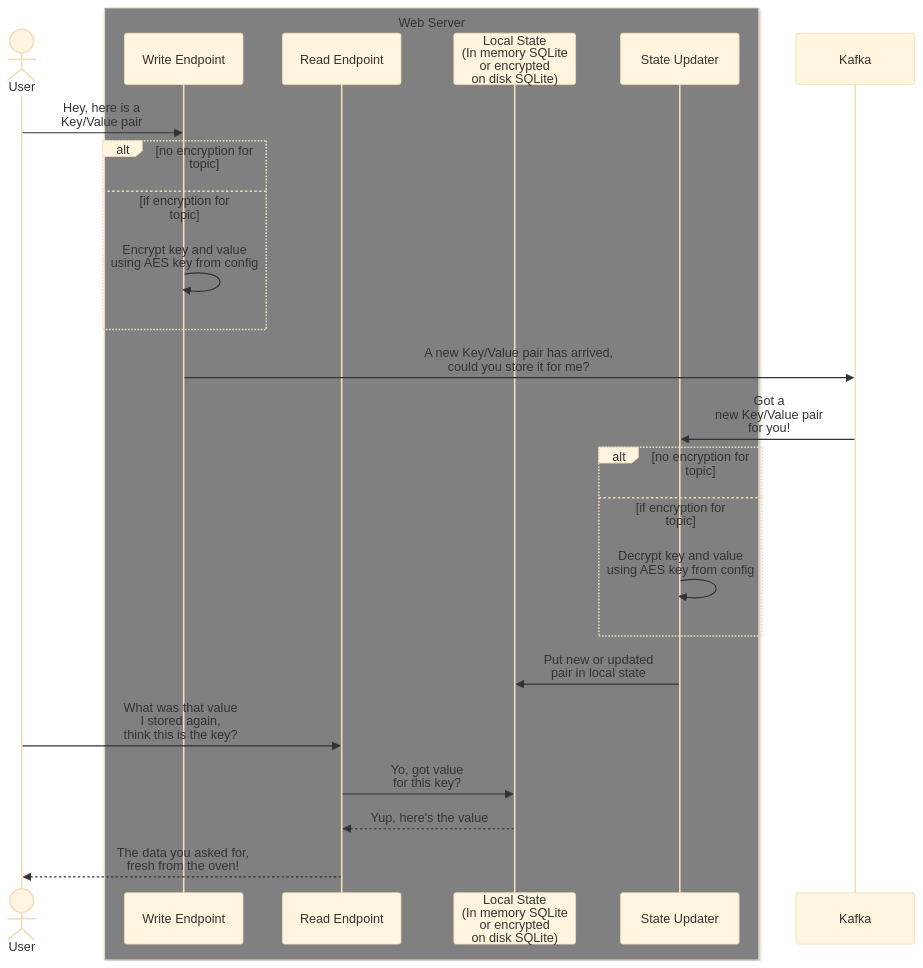
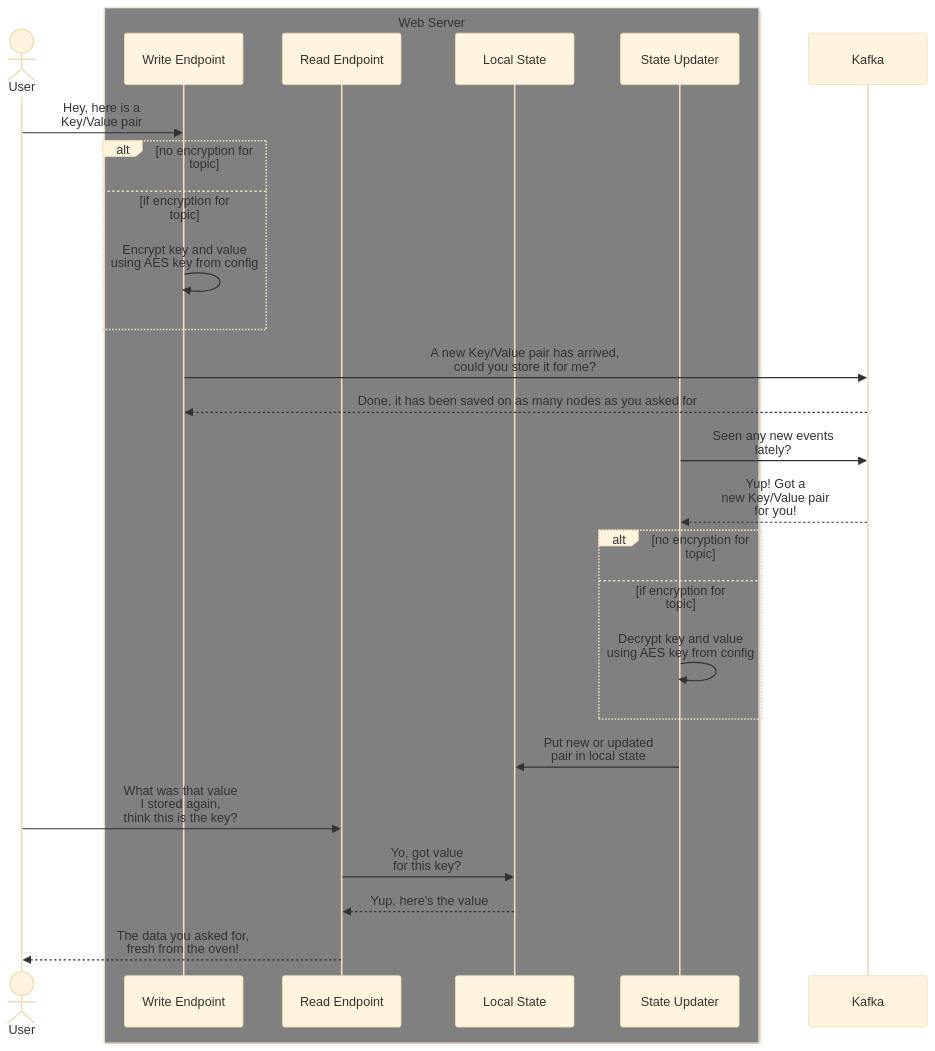
Before and after one commit to simonra/Utilities: the first of 2 diagrams in Kafka/KeyValueApi/README.md, drawn with Mermaid (base theme). The commit also changed other lines of this file, not shown here.

Commit message:
Kafka KvApi: Update some wording in the readme

````diff
--- a/Kafka/KeyValueApi/README.md
+++ b/Kafka/KeyValueApi/README.md
@@ -16,27 +16,29 @@
 ```mermaid
 sequenceDiagram
     actor User
     box Grey Web Server
         participant api_write as Write Endpoint
         participant api_read as Read Endpoint
-        participant api_state as Local State<br>(In memory SQLite<br>or encrypted<br>on disk SQLite)
+        participant api_state as Local State
         participant api_consumer as State Updater
     end
     participant Kafka
     User ->> api_write: Hey, here is a<br>Key/Value pair
     alt no encryption for topic
     else if encryption for topic
         api_write ->> api_write: Encrypt key and value<br>using AES key from config
     end
     api_write ->> Kafka: A new Key/Value pair has arrived,<br>could you store it for me?
-    Kafka ->> api_consumer: Got a<br>new Key/Value pair<br>for you!
+    Kafka -->> api_write: Done, it has been saved on as many nodes as you asked for
+    api_consumer ->> Kafka: Seen any new events<br>lately?
+    Kafka -->> api_consumer: Yup! Got a<br>new Key/Value pair<br>for you!
     alt no encryption for topic
     else if encryption for topic
         api_consumer ->> api_consumer: Decrypt key and value<br>using AES key from config
     end
     api_consumer ->> api_state: Put new or updated<br>pair in local state
     User ->> api_read: What was that value<br>I stored again,<br>think this is the key?
     api_read ->> api_state: Yo, got value<br>for this key?
     api_state -->> api_read: Yup, here's the value
     api_read -->> User: The data you asked for,<br>fresh from the oven!
 ```
````
